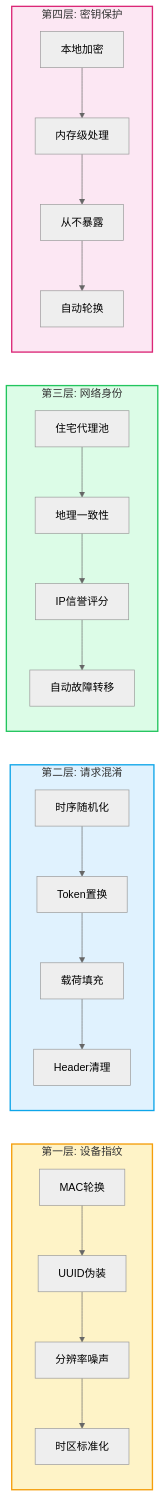
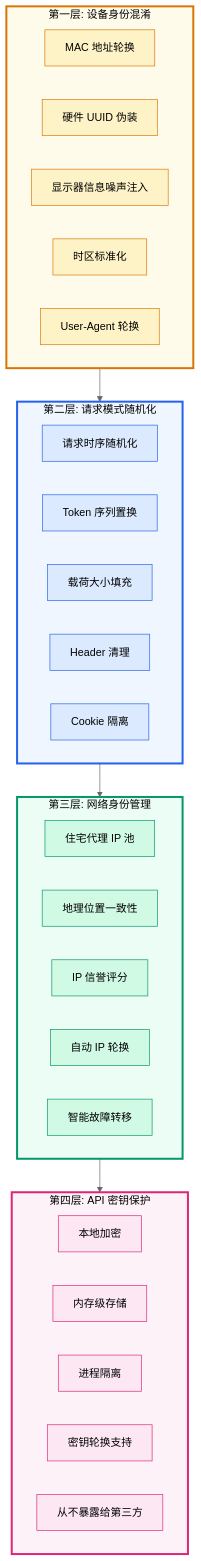
One commit to mangiapanejohn-dev/-Re-Code changed the third of 3 diagrams in README_CN.md. Above: the diagram before and after it, drawn with Mermaid (neutral theme). The commit also changed other lines of this file and 1 other file, not shown here.

First line of the commit message:
Redesign System Overview and Security Mechanisms diagrams

````diff
--- a/README_CN.md
+++ b/README_CN.md
@@ -166,31 +172,73 @@
 ```mermaid
-flowchart LR
-    subgraph L1["第一层: 设备指纹"]
-        MAC["MAC轮换"] --> UUID["UUID伪装"]
-        UUID --> RES["分辨率噪声"]
-        RES --> TZ["时区标准化"]
+flowchart TB
+    subgraph LAYER1["第一层: 设备身份混淆"]
+        direction LR
+        MAC["MAC 地址轮换"] 
+        HWID["硬件 UUID 伪装"]
+        DISPLAY["显示器信息噪声注入"]
+        TZ["时区标准化"]
+        USER_AGENT["User-Agent 轮换"]
     end
     
-    subgraph L2["第二层: 请求混淆"]
-        TIMING["时序随机化"] --> TOKEN["Token置换"]
-        TOKEN --> PAD["载荷填充"]
-        PAD --> HEADER["Header清理"]
+    LAYER1 --> LAYER2
+    
+    subgraph LAYER2["第二层: 请求模式随机化"]
+        direction LR
+        TIMING["请求时序随机化"]
+        SEQUENCE["Token 序列置换"]
+        SIZE["载荷大小填充"]
+        HEADER_SANI["Header 清理"]
+        COOKIE["Cookie 隔离"]
     end
     
-    subgraph L3["第三层: 网络身份"]
-        RESIP["住宅代理池"] --> GEO["地理一致性"]
-        GEO --> SCORE["IP信誉评分"]
-        SCORE --> FAILOVER["自动故障转移"]
+    LAYER2 --> LAYER3
+    
+    subgraph LAYER3["第三层: 网络身份管理"]
+        direction LR
+        IP_POOL["住宅代理 IP 池"]
+        GEO["地理位置一致性"]
+        REPUTE["IP 信誉评分"]
+        ROTATION["自动 IP 轮换"]
+        FAILOVER["智能故障转移"]
     end
     
-    subgraph L4["第四层: 密钥保护"]
-        ENCRYPT["本地加密"] --> MEMORY["内存级处理"]
-        MEMORY --> EXPOSE["从不暴露"]
-        EXPOSE --> ROTATE["自动轮换"]
+    LAYER3 --> LAYER4
+    
+    subgraph LAYER4["第四层: API 密钥保护"]
+        direction LR
+        ENCRYPTED["本地加密"]
+        MEMORY["内存级存储"]
+        ISOLATE["进程隔离"]
+        ROTATE["密钥轮换支持"]
+        NEVER_EXPOSE["从不暴露给第三方"]
     end
     
-    style L1 fill:#fef3c7,stroke:#f59e0b,stroke-width:2
-    style L2 fill:#e0f2fe,stroke:#0ea5e9,stroke-width:2
-    style L3 fill:#dcfce7,stroke:#22c55e,stroke-width:2
-    style L4 fill:#fce7f3,stroke:#db2777,stroke-width:2
+    style LAYER1 fill:#fffbeb,stroke:#d97706,stroke-width:3,color:#000
+    style LAYER2 fill:#eff6ff,stroke:#2563eb,stroke-width:3,color:#000
+    style LAYER3 fill:#ecfdf5,stroke:#059669,stroke-width:3,color:#000
+    style LAYER4 fill:#fdf2f8,stroke:#db2777,stroke-width:3,color:#000
+    
+    style MAC fill:#fef3c7,stroke:#d97706,color:#000
+    style HWID fill:#fef3c7,stroke:#d97706,color:#000
+    style DISPLAY fill:#fef3c7,stroke:#d97706,color:#000
+    style TZ fill:#fef3c7,stroke:#d97706,color:#000
+    style USER_AGENT fill:#fef3c7,stroke:#d97706,color:#000
+    
+    style TIMING fill:#dbeafe,stroke:#2563eb,color:#000
+    style SEQUENCE fill:#dbeafe,stroke:#2563eb,color:#000
+    style SIZE fill:#dbeafe,stroke:#2563eb,color:#000
+    style HEADER_SANI fill:#dbeafe,stroke:#2563eb,color:#000
+    style COOKIE fill:#dbeafe,stroke:#2563eb,color:#000
+    
+    style IP_POOL fill:#d1fae5,stroke:#059669,color:#000
+    style GEO fill:#d1fae5,stroke:#059669,color:#000
+    style REPUTE fill:#d1fae5,stroke:#059669,color:#000
+    style ROTATION fill:#d1fae5,stroke:#059669,color:#000
+    style FAILOVER fill:#d1fae5,stroke:#059669,color:#000
+    
+    style ENCRYPTED fill:#fce7f3,stroke:#db2777,color:#000
+    style MEMORY fill:#fce7f3,stroke:#db2777,color:#000
+    style ISOLATE fill:#fce7f3,stroke:#db2777,color:#000
+    style ROTATE fill:#fce7f3,stroke:#db2777,color:#000
+    style NEVER_EXPOSE fill:#fce7f3,stroke:#db2777,color:#000
 ```
````
